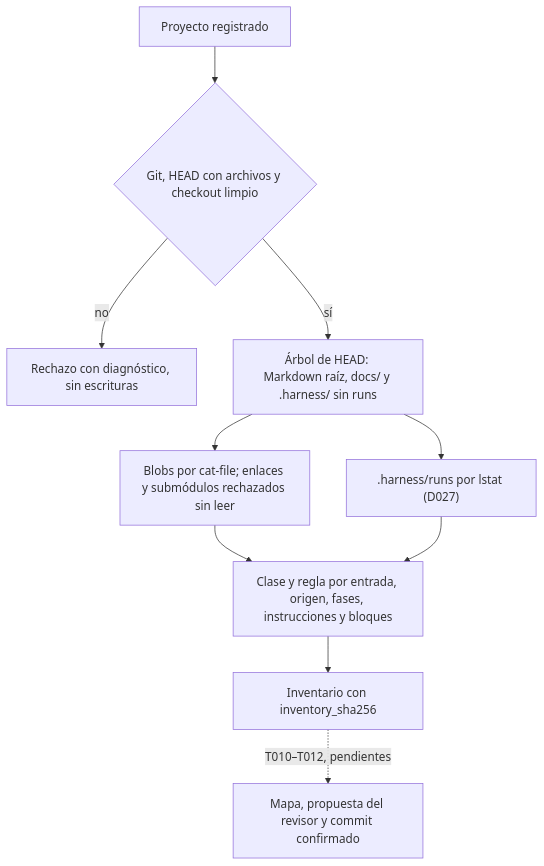
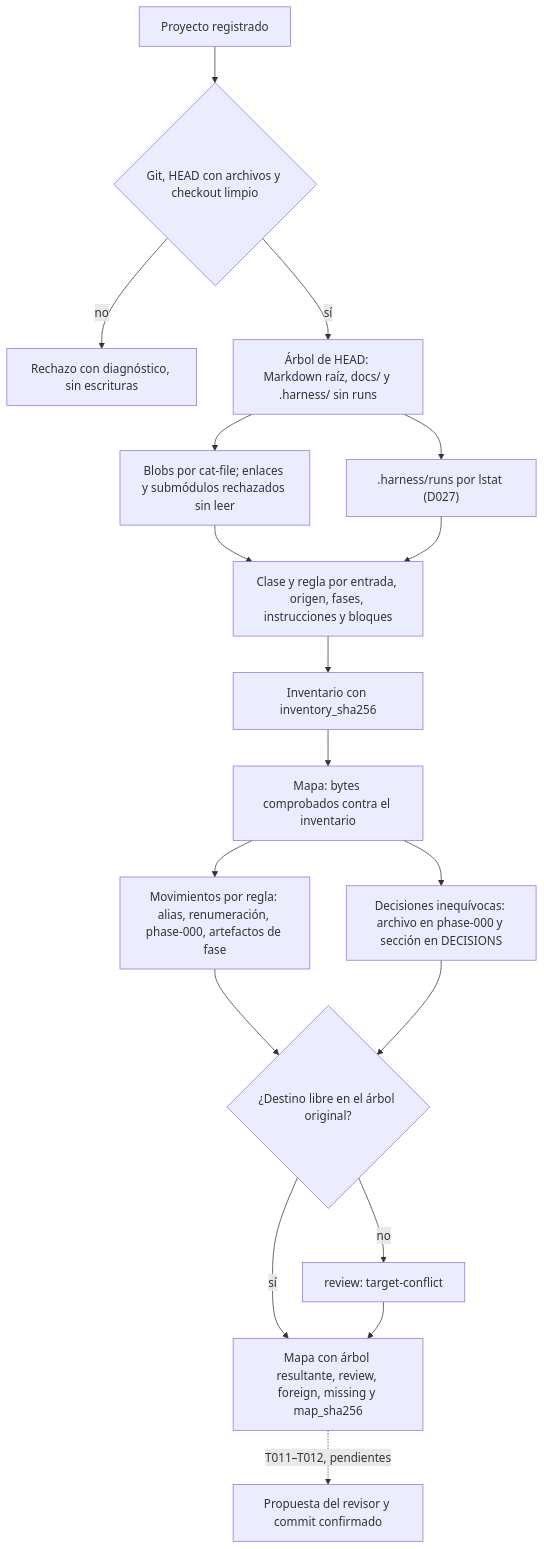
One commit to AcostaDDev/my-harness-archive changed the third of 3 diagrams in docs/flows/legacy-migration.md. Above: the diagram before and after it, drawn with Mermaid. The commit also changed other lines of this file and 8 other files, not shown here.

First line of the commit message:
feat: deterministic Flow A normalization map (D097, P008-T010)

````diff
--- a/docs/flows/legacy-migration.md
+++ b/docs/flows/legacy-migration.md
@@ -37,12 +37,20 @@
 ```mermaid
 flowchart TD
     A["Proyecto registrado"] --> B{"Git, HEAD con archivos y checkout limpio"}
     B -- no --> R["Rechazo con diagnóstico, sin escrituras"]
     B -- sí --> C["Árbol de HEAD: Markdown raíz, docs/ y .harness/ sin runs"]
     C --> D["Blobs por cat-file; enlaces y submódulos rechazados sin leer"]
     C --> E[".harness/runs por lstat (D027)"]
     D --> F["Clase y regla por entrada, origen, fases, instrucciones y bloques"]
     E --> F
     F --> G["Inventario con inventory_sha256"]
-    G -. "T010–T012, pendientes" .-> H["Mapa, propuesta del revisor y commit confirmado"]
+    G --> M["Mapa: bytes comprobados contra el inventario"]
+    M --> N["Movimientos por regla: alias, renumeración, phase-000, artefactos de fase"]
+    M --> O["Decisiones inequívocas: archivo en phase-000 y sección en DECISIONS"]
+    N --> P{"¿Destino libre en el árbol original?"}
+    O --> P
+    P -- no --> Q["review: target-conflict"]
+    P -- sí --> S["Mapa con árbol resultante, review, foreign, missing y map_sha256"]
+    Q --> S
+    S -. "T011–T012, pendientes" .-> H["Propuesta del revisor y commit confirmado"]
 ```
````
